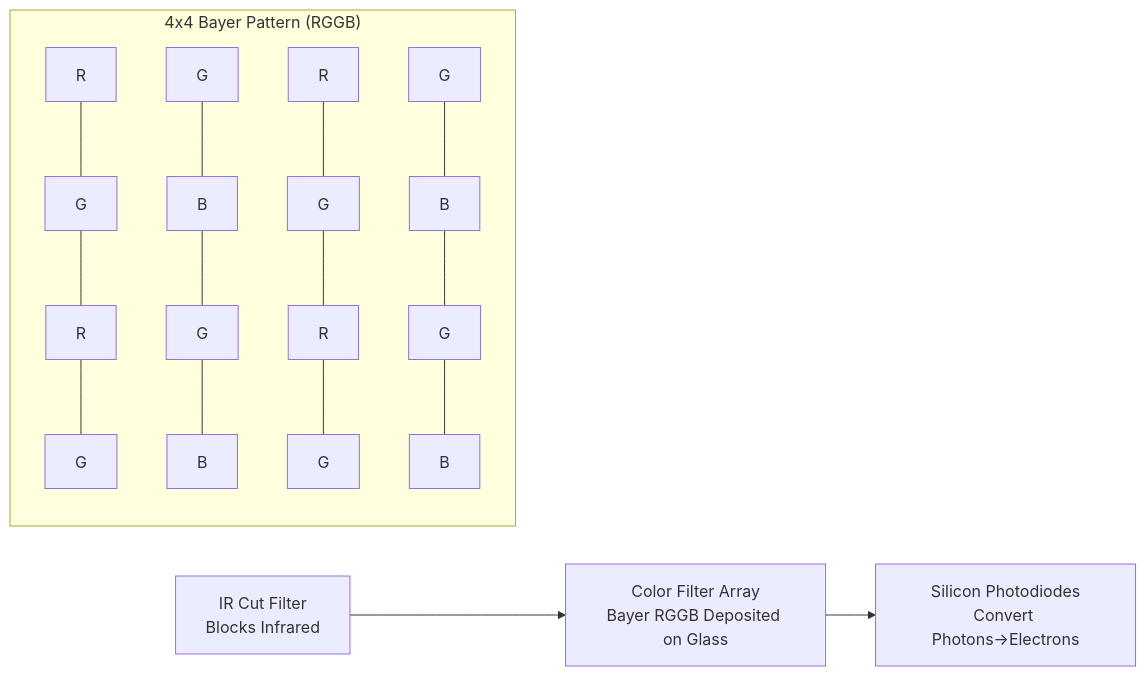
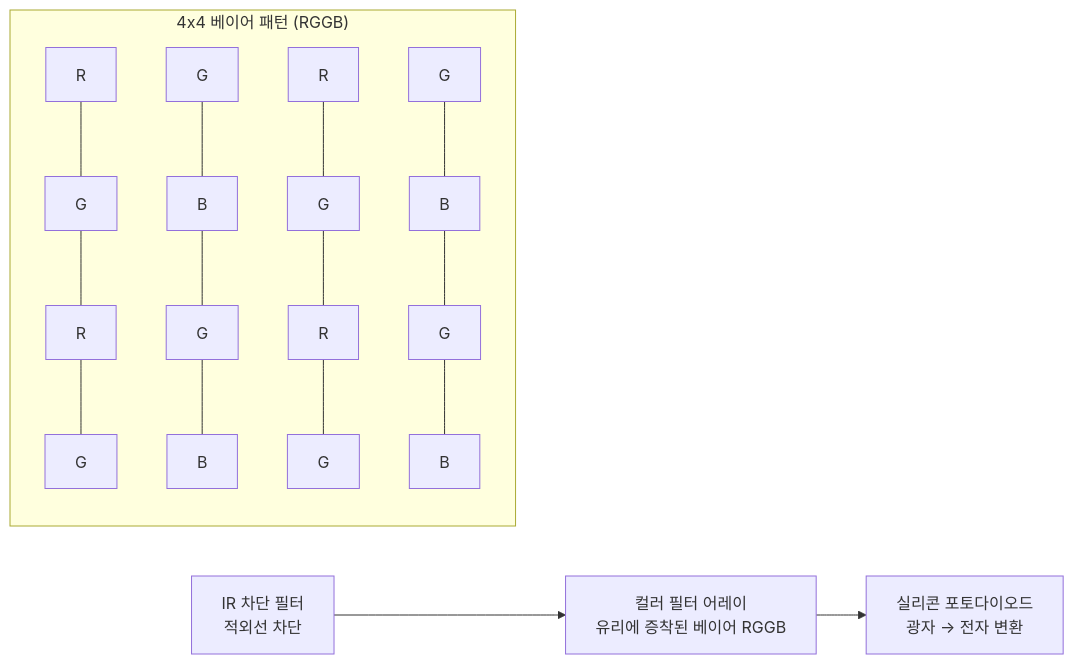
The second of 5 diagrams in website/i18n/ko/docusaurus-plugin-content-docs/current/camera2/understanding-smartphone-cameras.md (zoozooll/AndroidCameraParameters), drawn with Mermaid before and after one commit. The commit also changed other lines of this file and 378 other files, not shown here.

````diff
--- a/website/i18n/ko/docusaurus-plugin-content-docs/current/camera2/understanding-smartphone-cameras.md
+++ b/website/i18n/ko/docusaurus-plugin-content-docs/current/camera2/understanding-smartphone-cameras.md
@@ -103,12 +103,12 @@
 ```mermaid
 graph LR
-    subgraph "4x4 Bayer Pattern (RGGB)"
+    subgraph "4x4 베이어 패턴 (RGGB)"
         direction TB
         A1[R] --- A2[G] --- A3[R] --- A4[G]
         B1[G] --- B2[B] --- B3[G] --- B4[B]
         C1[R] --- C2[G] --- C3[R] --- C4[G]
         D1[G] --- D2[B] --- D3[G] --- D4[B]
     end
-    E[IR Cut Filter\nBlocks Infrared] --> F[Color Filter Array\nBayer RGGB Deposited on Glass]
-    F --> G[Silicon Photodiodes\nConvert Photons→Electrons]
+    E["IR 차단 필터<br/>적외선 차단"] --> F["컬러 필터 어레이<br/>유리에 증착된 베이어 RGGB"]
+    F --> G[실리콘 포토다이오드<br/>광자 → 전자 변환]
 ```
````
